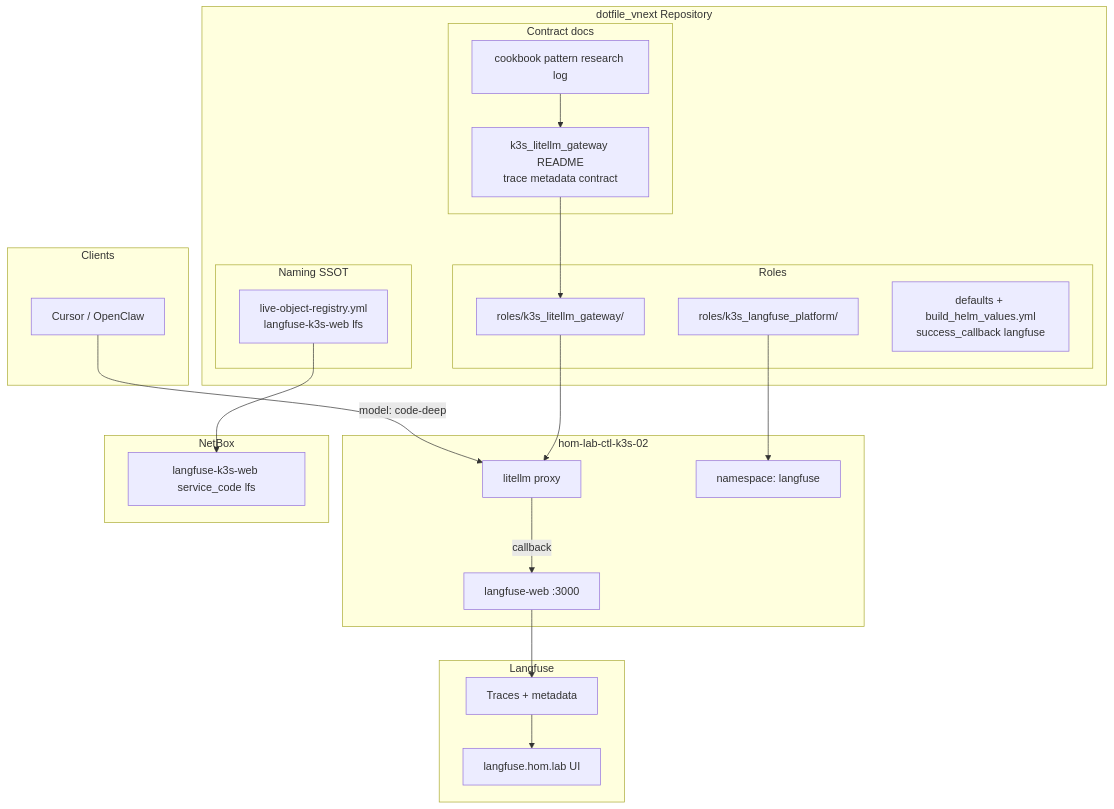
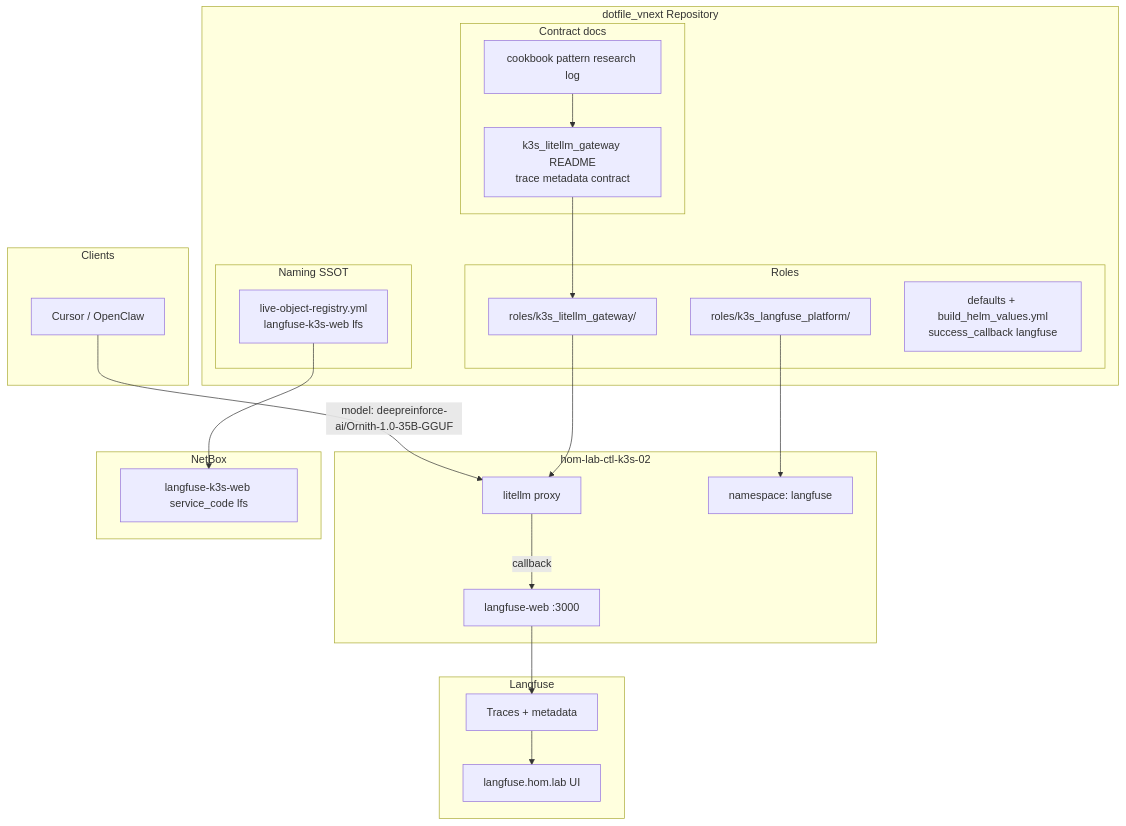
The first of 3 diagrams in docs/plans/2026-05-29--ai-langfuse-observability-incomplete-wip/README.md (doesitscript/dotfile-vnext), drawn with Mermaid before and after one commit. The commit also changed other lines of this file and 52 other files, not shown here.

````diff
--- a/docs/plans/2026-05-29--ai-langfuse-observability-incomplete-wip/README.md
+++ b/docs/plans/2026-05-29--ai-langfuse-observability-incomplete-wip/README.md
@@ -50,46 +50,46 @@
 ```mermaid
 graph TB
   subgraph dotfile_vnext [dotfile_vnext Repository]
     subgraph roles [Roles]
       langfuse_role["roles/k3s_langfuse_platform/"]
       litellm_role["roles/k3s_litellm_gateway/"]
       litellm_defaults["defaults + build_helm_values.yml<br/>success_callback langfuse"]
     end
     subgraph schema [Naming SSOT]
       registry["live-object-registry.yml<br/>langfuse-k3s-web lfs"]
     end
     subgraph docs [Contract docs]
       readme["k3s_litellm_gateway README<br/>trace metadata contract"]
       cookbook_log["cookbook pattern research log"]
     end
   end
 
   subgraph k3s02 [hom-lab-ctl-k3s-02]
     litellm_pod["litellm proxy"]
     langfuse_ns["namespace: langfuse"]
     langfuse_web["langfuse-web :3000"]
   end
 
   subgraph clients [Clients]
     ide["Cursor / OpenClaw"]
   end
 
   subgraph observability [Langfuse]
     traces["Traces + metadata"]
     ui["langfuse.hom.lab UI"]
   end
 
   subgraph netbox [NetBox]
     lfs_svc["langfuse-k3s-web service_code lfs"]
   end
 
-  ide -->|"model: code-deep"| litellm_pod
+  ide -->|"model: deepreinforce-ai/Ornith-1.0-35B-GGUF"| litellm_pod
   litellm_pod -->|"callback"| langfuse_web
   langfuse_web --> traces
   traces --> ui
   litellm_role --> litellm_pod
   langfuse_role --> langfuse_ns
   registry --> lfs_svc
   readme --> litellm_role
   cookbook_log --> readme
 ```
````
